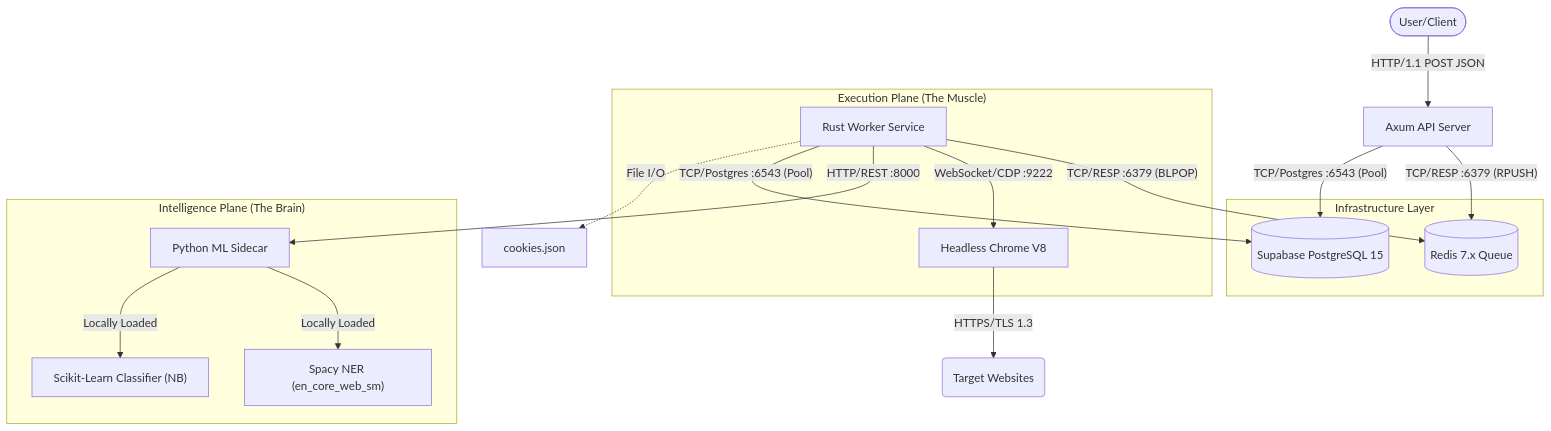
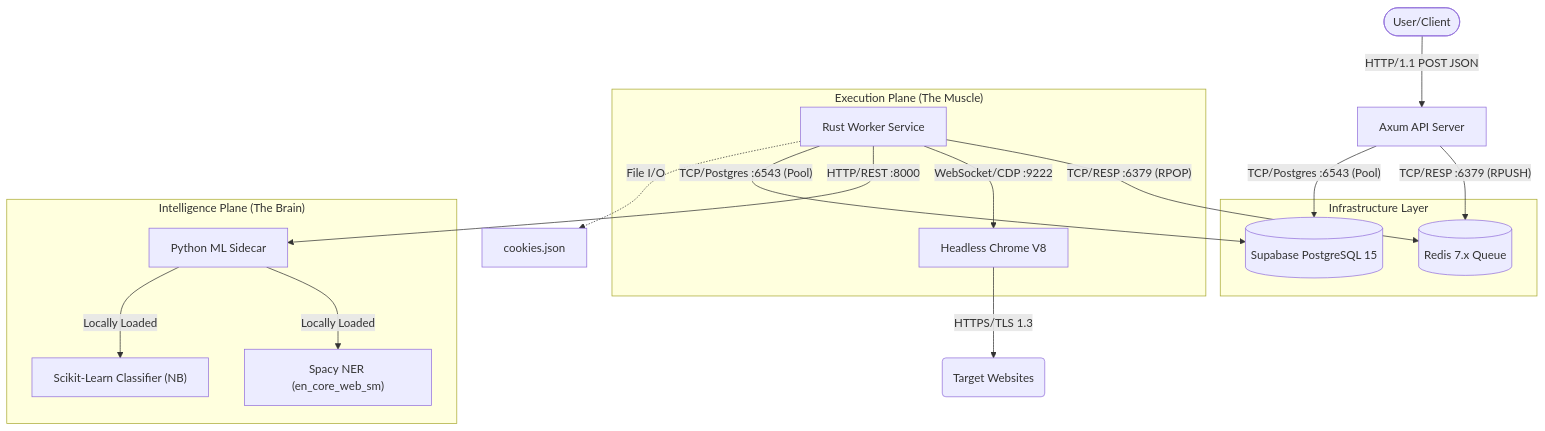
The first of 2 diagrams in rust-crawler/docs/SYSTEM_ARCHITECTURE.md (pretamane/bing-crawling-api), drawn with Mermaid before and after one commit. The commit also changed other lines of this file, not shown here.

````diff
--- a/rust-crawler/docs/SYSTEM_ARCHITECTURE.md
+++ b/rust-crawler/docs/SYSTEM_ARCHITECTURE.md
@@ -9,34 +9,34 @@
 ```mermaid
 graph TD
     User(["User/Client"]) -->|"HTTP/1.1 POST JSON"| API["Axum API Server"]
     
     subgraph "Infrastructure Layer"
         Redis[("Redis 7.x Queue")] 
         DB[("Supabase PostgreSQL 15")]
     end
     
     subgraph "Execution Plane (The Muscle)"
         Worker["Rust Worker Service"]
         Chrome["Headless Chrome V8"]
     end
 
     subgraph "Intelligence Plane (The Brain)"
         Python["Python ML Sidecar"]
         Model1["Spacy NER (en_core_web_sm)"]
         Model2["Scikit-Learn Classifier (NB)"]
         Python -->|"Locally Loaded"| Model1
         Python -->|"Locally Loaded"| Model2
     end
     
     %% Communication Protocols
     API -->|"TCP/RESP :6379 (RPUSH)"| Redis
     API -->|"TCP/Postgres :6543 (Pool)"| DB
     
-    Worker -->|"TCP/RESP :6379 (BLPOP)"| Redis
+    Worker -->|"TCP/RESP :6379 (RPOP)"| Redis
     Worker -->|"WebSocket/CDP :9222"| Chrome
     Worker -->|"HTTP/REST :8000"| Python
     Worker -->|"TCP/Postgres :6543 (Pool)"| DB
     
     Chrome -->|"HTTPS/TLS 1.3"| Internet("Target Websites")
     Worker -.->|"File I/O"| Cookies["cookies.json"]
 ```
````
